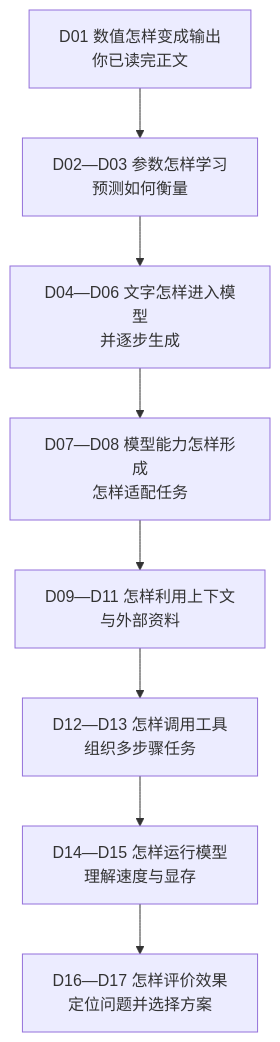
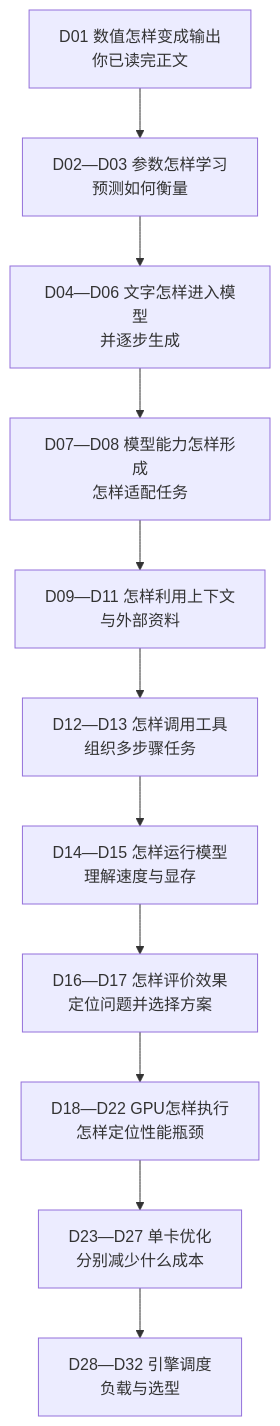
Before and after one commit to NealChristmas/LLM: the second of 3 diagrams in knowledge-map.md, drawn with Mermaid. The commit also changed other lines of this file and 50 other files, not shown here.

````diff
--- a/knowledge-map.md
+++ b/knowledge-map.md
@@ -34,12 +34,15 @@
 ```mermaid
 flowchart TB
     a["D01 数值怎样变成输出<br/>你已读完正文"]
     b["D02—D03 参数怎样学习<br/>预测如何衡量"]
     c["D04—D06 文字怎样进入模型<br/>并逐步生成"]
     d["D07—D08 模型能力怎样形成<br/>怎样适配任务"]
     e["D09—D11 怎样利用上下文<br/>与外部资料"]
     f["D12—D13 怎样调用工具<br/>组织多步骤任务"]
     g["D14—D15 怎样运行模型<br/>理解速度与显存"]
     h["D16—D17 怎样评价效果<br/>定位问题并选择方案"]
-    a --> b --> c --> d --> e --> f --> g --> h
+    i["D18—D22 GPU怎样执行<br/>怎样定位性能瓶颈"]
+    j["D23—D27 单卡优化<br/>分别减少什么成本"]
+    k["D28—D32 引擎调度<br/>负载与选型"]
+    a --> b --> c --> d --> e --> f --> g --> h --> i --> j --> k
 ```
````
